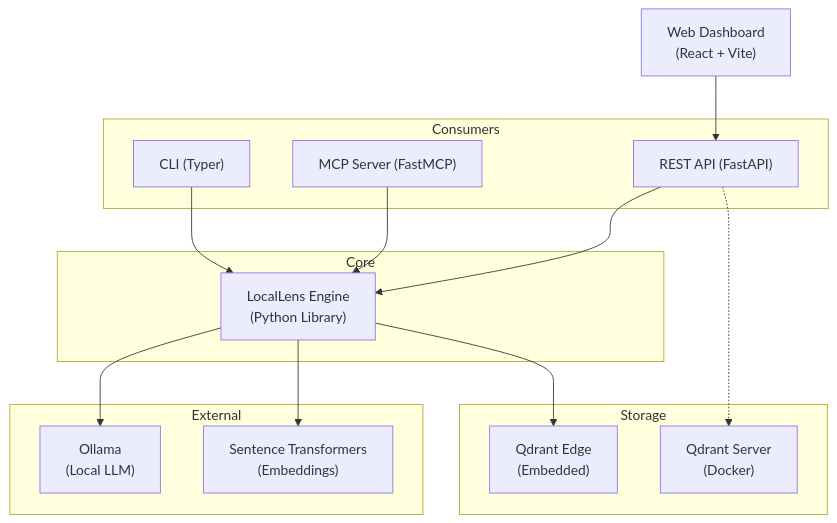
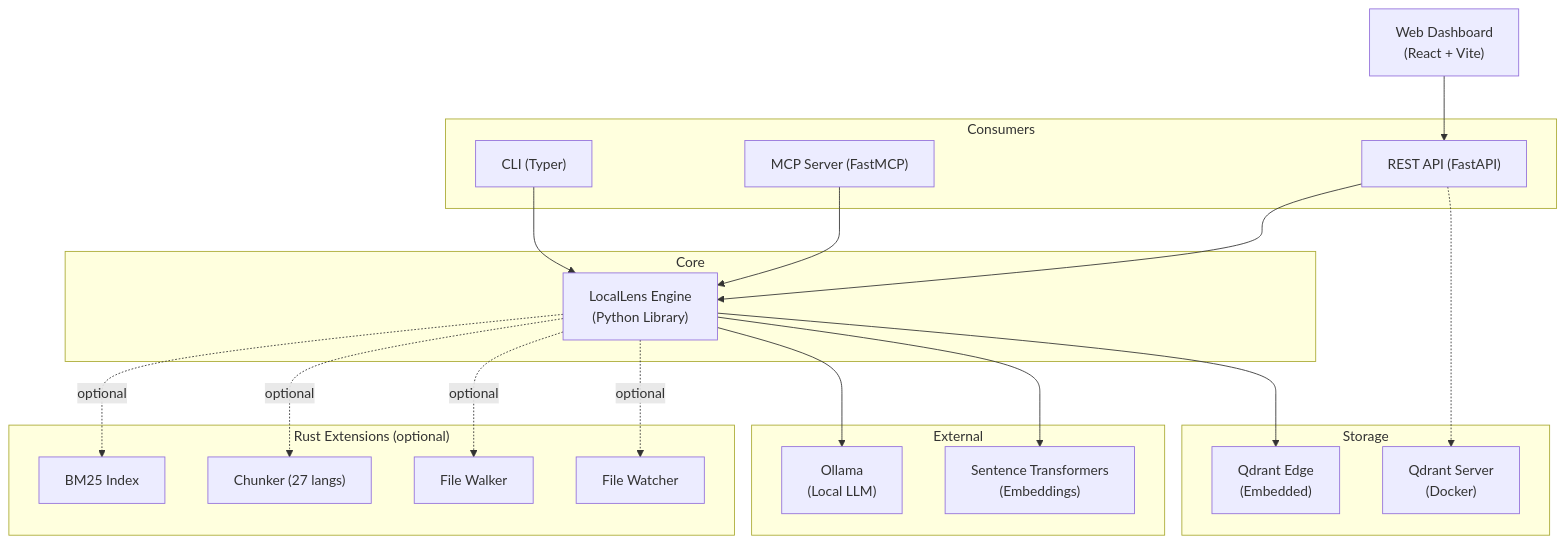
One commit to mahimairaja/locallens changed the diagram in docs/guide/architecture.md. Above: the diagram before and after it, drawn with Mermaid. The commit also changed 3 other files, not shown here.

````diff
--- a/docs/guide/architecture.md
+++ b/docs/guide/architecture.md
@@ -5,34 +5,45 @@
 ```mermaid
 graph TB
     subgraph Consumers
         CLI["CLI (Typer)"]
         MCP["MCP Server (FastMCP)"]
         REST["REST API (FastAPI)"]
     end
 
     subgraph Core
         Engine["LocalLens Engine<br/>(Python Library)"]
+    end
+
+    subgraph Acceleration["Rust Extensions (optional)"]
+        RustBM25["BM25 Index"]
+        RustChunker["Chunker (27 langs)"]
+        RustWalker["File Walker"]
+        RustWatcher["File Watcher"]
     end
 
     subgraph Storage
         Edge["Qdrant Edge<br/>(Embedded)"]
         Server["Qdrant Server<br/>(Docker)"]
     end
 
     subgraph External
         Ollama["Ollama<br/>(Local LLM)"]
         ST["Sentence Transformers<br/>(Embeddings)"]
     end
 
     Dashboard["Web Dashboard<br/>(React + Vite)"] --> REST
 
     CLI --> Engine
     MCP --> Engine
     REST --> Engine
 
     Engine --> Edge
     Engine --> ST
     Engine --> Ollama
+    Engine -.->|optional| RustBM25
+    Engine -.->|optional| RustChunker
+    Engine -.->|optional| RustWalker
+    Engine -.->|optional| RustWatcher
 
     REST -.-> Server
 ```
````
